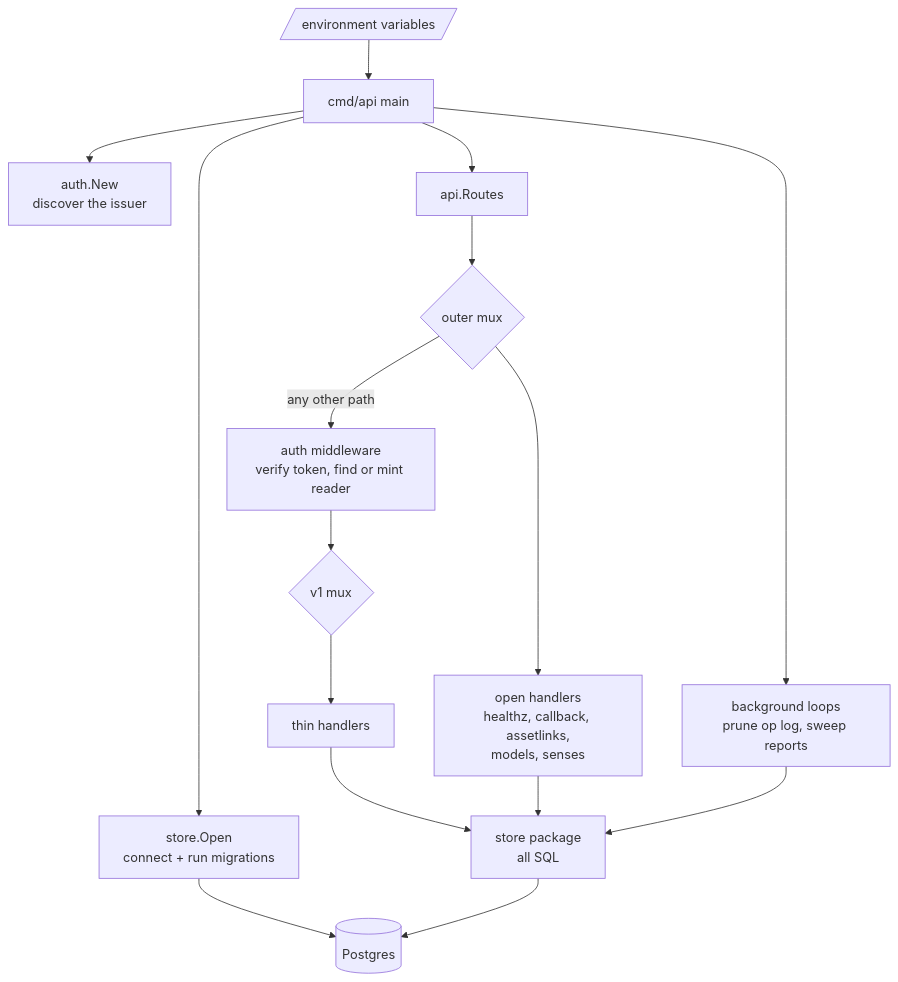
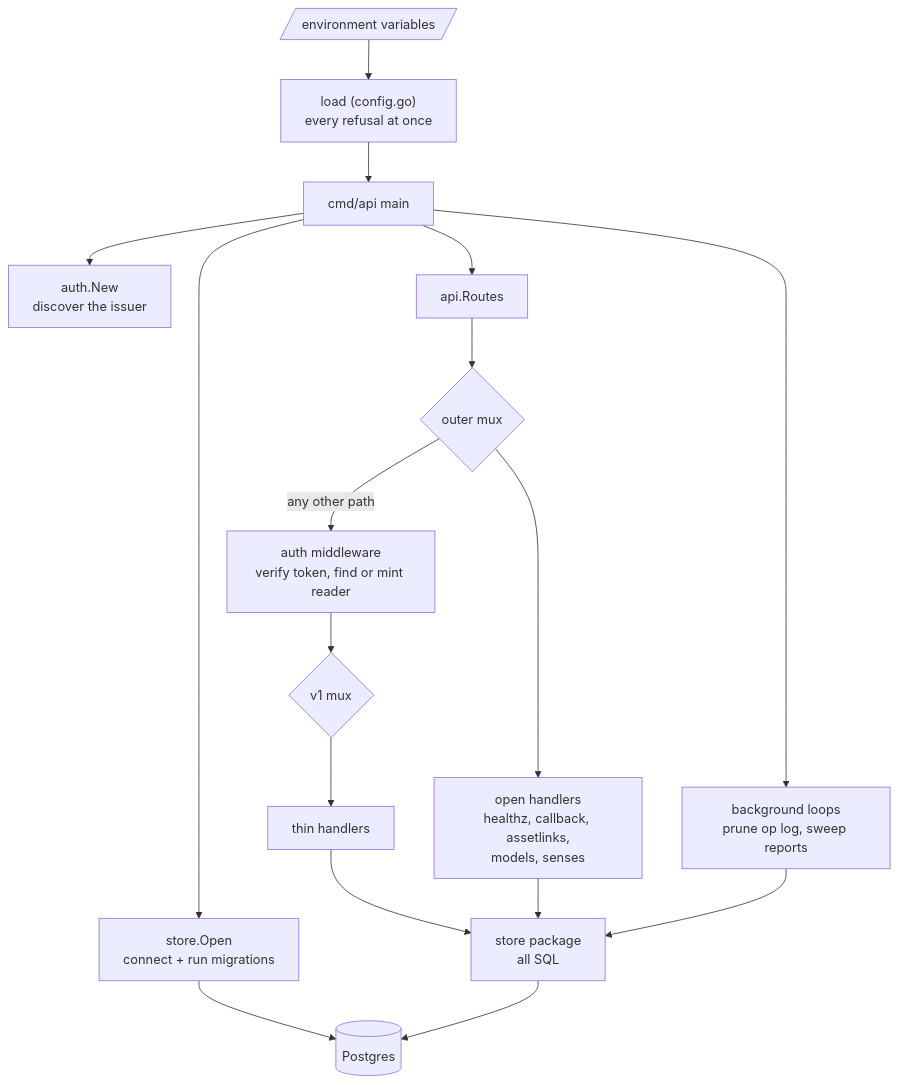
One commit to MohammadBnei/wird changed the second of 4 diagrams in docs/architecture/api.md. Above: the diagram before and after it, drawn with Mermaid. The commit also changed other lines of this file and 38 other files, not shown here.

````diff
--- a/docs/architecture/api.md
+++ b/docs/architecture/api.md
@@ -72,25 +72,26 @@
 ```mermaid
 flowchart TB
   env[/"environment variables"/]
+  load["load (config.go)<br/>every refusal at once"]
   main["cmd/api main"]
   open_db["store.Open<br/>connect + run migrations"]
   authn["auth.New<br/>discover the issuer"]
   routes["api.Routes"]
   outer{"outer mux"}
   openh["open handlers<br/>healthz, callback, assetlinks,<br/>models, senses"]
   mw["auth middleware<br/>verify token, find or mint reader"]
   v1{"v1 mux"}
   h["thin handlers"]
   st["store package<br/>all SQL"]
   pg[("Postgres")]
   bg["background loops<br/>prune op log, sweep reports"]
 
-  env --> main
+  env --> load --> main
   main --> open_db --> pg
   main --> authn
   main --> routes --> outer
   outer --> openh
   outer -->|"any other path"| mw --> v1 --> h --> st --> pg
   openh --> st
   main --> bg --> st
 ```
````
